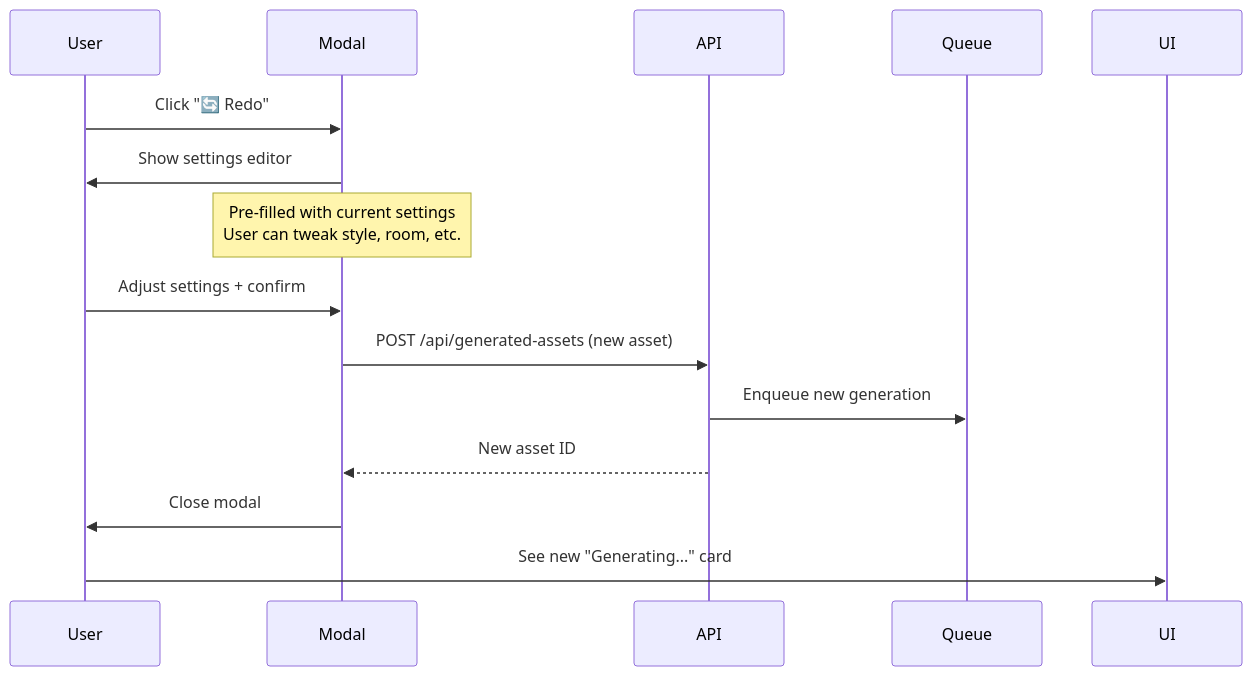
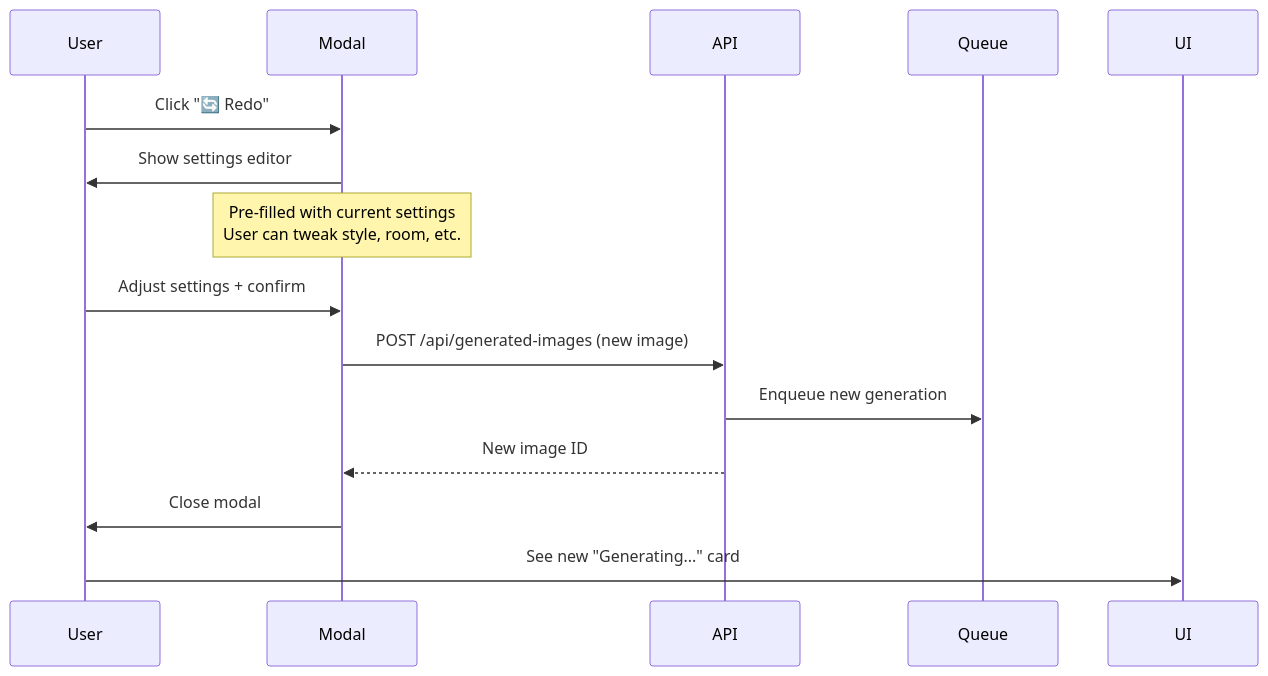
The tenth of 13 diagrams in apps/scenergy-visualizer/design-log/004-user-flows-journey.md (shlior7/epox-monorepo), drawn with Mermaid before and after one commit. The commit also changed other lines of this file and 8 other files, not shown here.

````diff
--- a/apps/scenergy-visualizer/design-log/004-user-flows-journey.md
+++ b/apps/scenergy-visualizer/design-log/004-user-flows-journey.md
@@ -1010,18 +1156,18 @@
 ```mermaid
 sequenceDiagram
     participant User
     participant Modal
     participant API
 
     User->>Modal: Click "🔄 Redo"
     Modal->>User: Show settings editor
     Note over Modal: Pre-filled with current settings<br/>User can tweak style, room, etc.
 
     User->>Modal: Adjust settings + confirm
-    Modal->>API: POST /api/generated-assets (new asset)
+    Modal->>API: POST /api/generated-images (new image)
     API->>Queue: Enqueue new generation
-    API-->>Modal: New asset ID
+    API-->>Modal: New image ID
 
     Modal->>User: Close modal
     User->>UI: See new "Generating..." card
 ```
````
